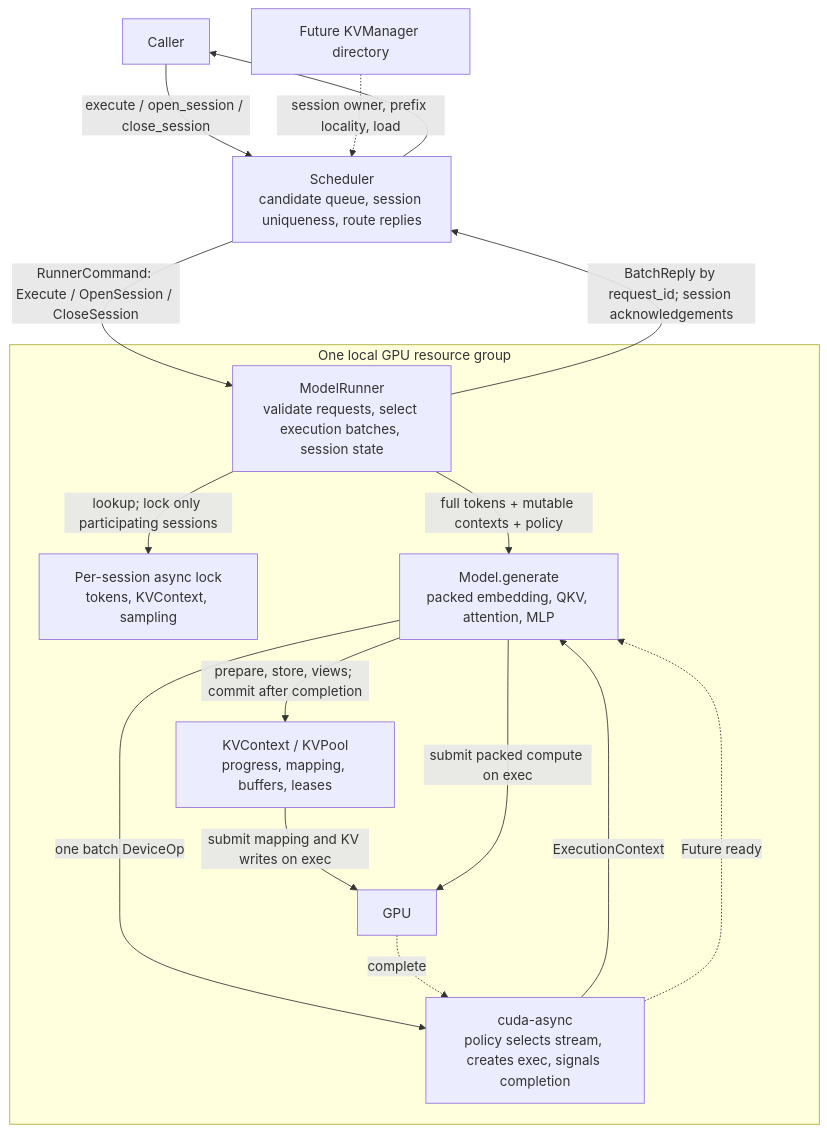
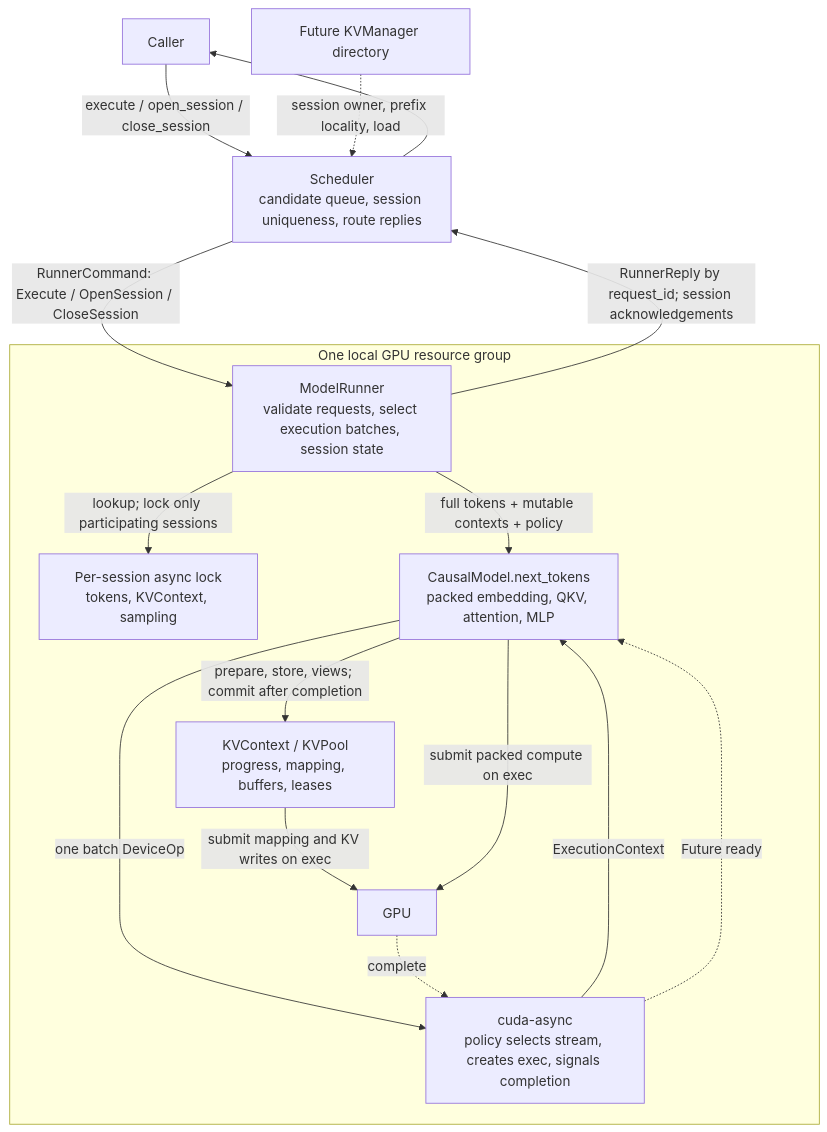
Before and after one commit to pochenai/llm-inference-lab: the first of 3 diagrams in design/spec.md, drawn with Mermaid. The commit also changed other lines of this file and 18 other files, not shown here.

Commit message:
feat(engine): unify causal model execution and reuse Qwen workspace

````diff
--- a/design/spec.md
+++ b/design/spec.md
@@ -37,25 +37,25 @@
 ```mermaid
 flowchart TB
     Caller["Caller"] -->|"execute / open_session / close_session"| S["Scheduler<br/>candidate queue, session uniqueness, route replies"]
     S -->|"RunnerCommand: Execute / OpenSession / CloseSession"| R
     subgraph Worker["One local GPU resource group"]
         R["ModelRunner<br/>validate requests, select execution batches, session state"]
         H["Per-session async lock<br/>tokens, KVContext, sampling"]
-        M["Model.generate<br/>packed embedding, QKV, attention, MLP"]
+        M["CausalModel.next_tokens<br/>packed embedding, QKV, attention, MLP"]
         K["KVContext / KVPool<br/>progress, mapping, buffers, leases"]
         A["cuda-async<br/>policy selects stream, creates exec, signals completion"]
         G["GPU"]
         R -->|"lookup; lock only participating sessions"| H
         R -->|"full tokens + mutable contexts + policy"| M
         M -->|"prepare, store, views; commit after completion"| K
         M -->|"one batch DeviceOp"| A
         A -->|"ExecutionContext"| M
         K -->|"submit mapping and KV writes on exec"| G
         M -->|"submit packed compute on exec"| G
         G -.->|"complete"| A
         A -.->|"Future ready"| M
     end
-    R -->|"BatchReply by request_id; session acknowledgements"| S
+    R -->|"RunnerReply by request_id; session acknowledgements"| S
     S --> Caller
     D["Future KVManager directory"] -.->|"session owner, prefix locality, load"| S
 ```
````
